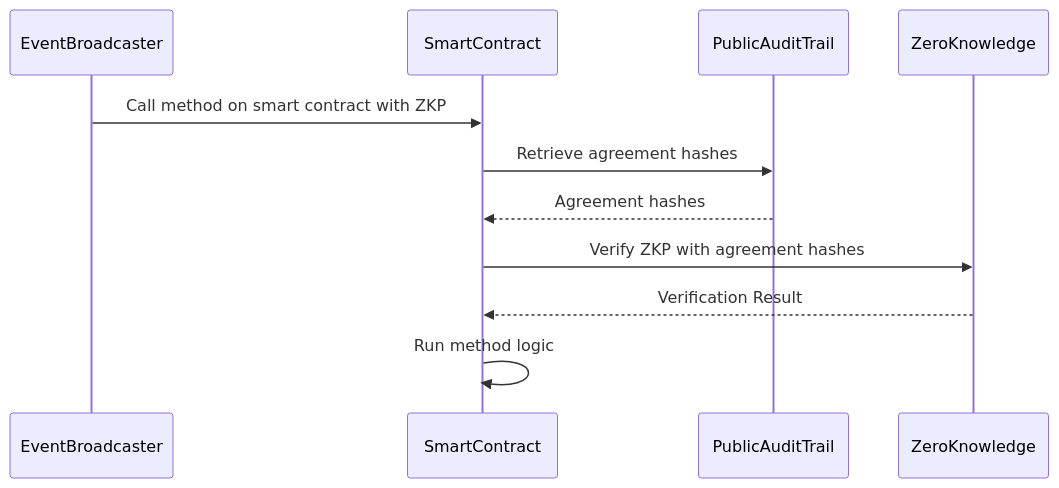
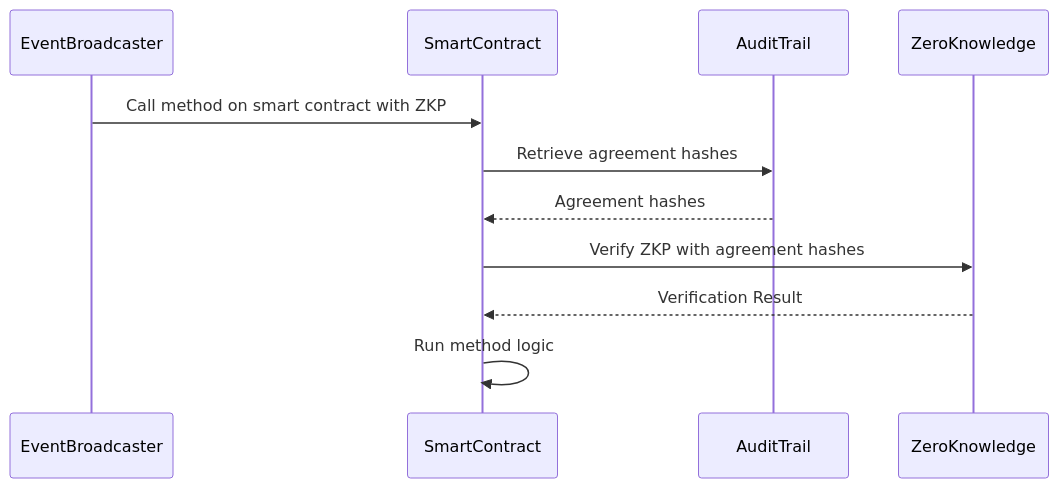
The fourth of 4 diagrams in docs/index.md (zksig/docs), drawn with Mermaid before and after one commit. The commit also changed other lines of this file, not shown here.

Commit message:
update diagram modules

````diff
--- a/docs/index.md
+++ b/docs/index.md
@@ -87,17 +88,17 @@
 ```mermaid
 sequenceDiagram
   participant EventBroadcaster
   participant SmartContract
-  participant PublicAuditTrail
+  participant AuditTrail
   participant ZeroKnowledge
 
   EventBroadcaster ->> SmartContract: Call method on smart contract with ZKP
 
-  SmartContract ->> PublicAuditTrail: Retrieve agreement hashes
-  PublicAuditTrail -->> SmartContract: Agreement hashes
+  SmartContract ->> AuditTrail: Retrieve agreement hashes
+  AuditTrail -->> SmartContract: Agreement hashes
 
   SmartContract ->> ZeroKnowledge: Verify ZKP with agreement hashes
   ZeroKnowledge -->> SmartContract: Verification Result
 
   SmartContract ->> SmartContract: Run method logic
 ```
````
